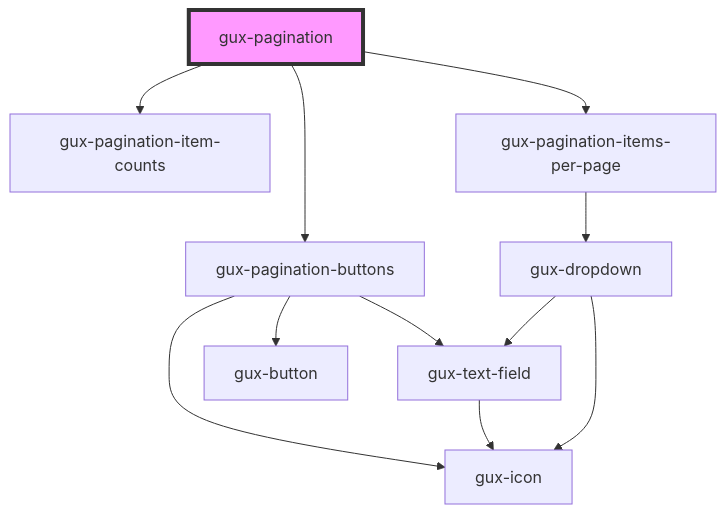
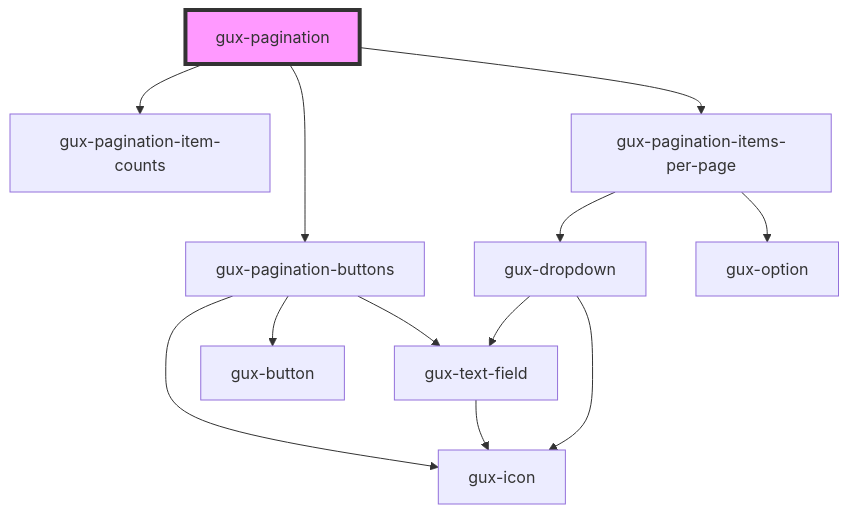
The diagram in src/components/gux-pagination/readme.md (MyPureCloud/genesys-spark), drawn with Mermaid before and after one commit. The commit also changed 4 other files, not shown here.

````diff
--- a/src/components/gux-pagination/readme.md
+++ b/src/components/gux-pagination/readme.md
@@ -69,14 +69,15 @@
 ```mermaid
 graph TD;
   gux-pagination --> gux-pagination-item-counts
   gux-pagination --> gux-pagination-items-per-page
   gux-pagination --> gux-pagination-buttons
   gux-pagination-items-per-page --> gux-dropdown
+  gux-pagination-items-per-page --> gux-option
   gux-dropdown --> gux-text-field
   gux-dropdown --> gux-icon
   gux-text-field --> gux-icon
   gux-pagination-buttons --> gux-button
   gux-pagination-buttons --> gux-icon
   gux-pagination-buttons --> gux-text-field
   style gux-pagination fill:#f9f,stroke:#333,stroke-width:4px
 ```
````
